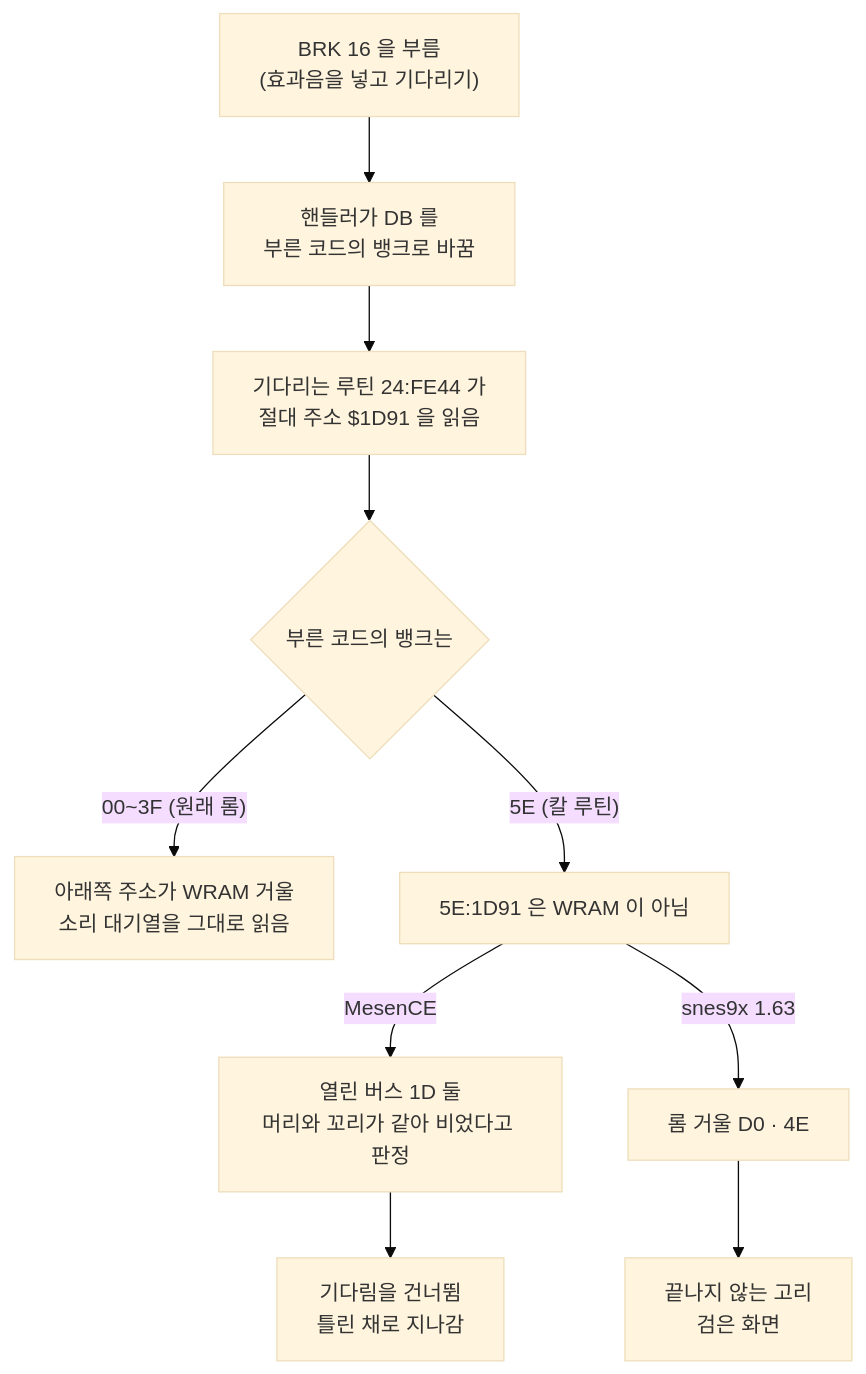
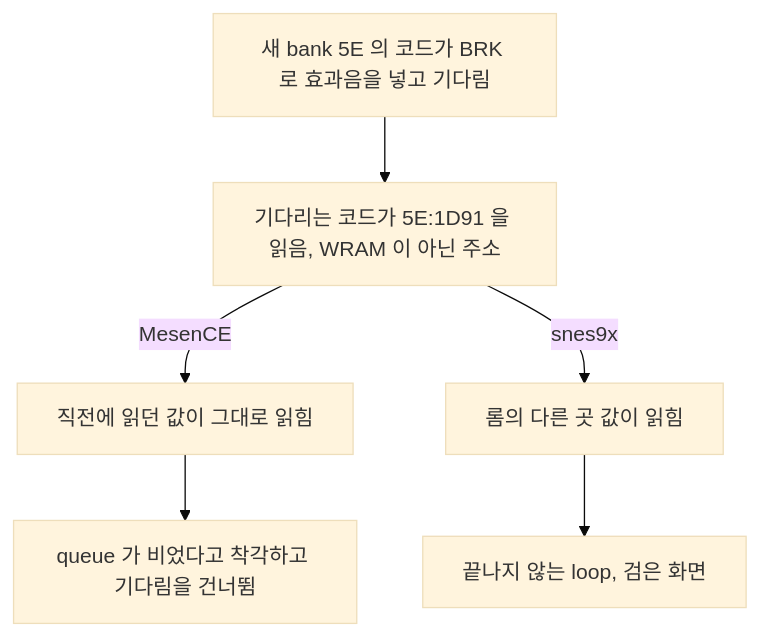
The diagram in src/pages/games/romhacking/journal/dq4/chapter1.md (perfectacle/perfectacle.github.io), drawn with Mermaid (base theme) before and after one commit. The commit also changed other lines of this file and 13 other files, not shown here.

````diff
--- a/src/pages/games/romhacking/journal/dq4/chapter1.md
+++ b/src/pages/games/romhacking/journal/dq4/chapter1.md
@@ -363,12 +275,8 @@
 ```mermaid
 flowchart TD
-  A["BRK 16 을 부름<br/>(효과음을 넣고 기다리기)"] --> B["핸들러가 DB 를<br/>부른 코드의 뱅크로 바꿈"]
-  B --> C["기다리는 루틴 24:FE44 가<br/>절대 주소 $1D91 을 읽음"]
-  C --> D{"부른 코드의 뱅크는"}
-  D -->|"00~3F (원래 롬)"| E["아래쪽 주소가 WRAM 거울<br/>소리 대기열을 그대로 읽음"]
-  D -->|"5E (칼 루틴)"| F["5E:1D91 은 WRAM 이 아님"]
-  F -->|"MesenCE"| G["열린 버스 1D 둘<br/>머리와 꼬리가 같아 비었다고 판정"]
-  G --> H["기다림을 건너뜀<br/>틀린 채로 지나감"]
-  F -->|"snes9x 1.63"| I["롬 거울 D0 · 4E"]
-  I --> J["끝나지 않는 고리<br/>검은 화면"]
+  A["새 bank 5E 의 코드가 BRK 로 효과음을 넣고 기다림"] --> B["기다리는 코드가 5E:1D91 을 읽음, WRAM 이 아닌 주소"]
+  B -->|"MesenCE"| C["직전에 읽던 값이 그대로 읽힘"]
+  C --> D["queue 가 비었다고 착각하고 기다림을 건너뜀"]
+  B -->|"snes9x"| E["롬의 다른 곳 값이 읽힘"]
+  E --> F["끝나지 않는 loop, 검은 화면"]
 ```
````
